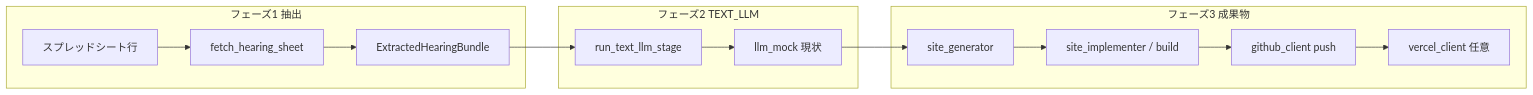
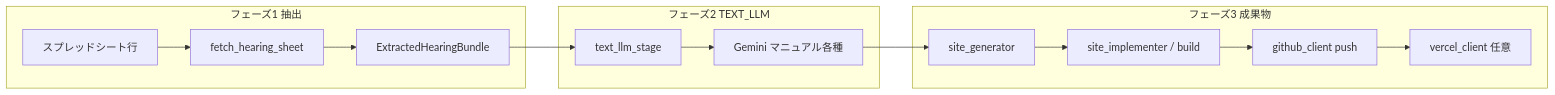
The diagram in README.md (pro-webc/mac-mini-bot), drawn with Mermaid before and after one commit. The commit also changed other lines of this file and 437 other files, not shown here.

````diff
--- a/README.md
+++ b/README.md
@@ -21,21 +21,21 @@
 ```mermaid
 flowchart LR
   subgraph extract [フェーズ1 抽出]
     S[スプレッドシート行]
     H[fetch_hearing_sheet]
     B[ExtractedHearingBundle]
     S --> H --> B
   end
   subgraph llm [フェーズ2 TEXT_LLM]
-    T[run_text_llm_stage]
-    M[llm_mock 現状]
-    B --> T --> M
+    T[text_llm_stage]
+    G2[Gemini マニュアル各種]
+    B --> T --> G2
   end
   subgraph build [フェーズ3 成果物]
     G[site_generator]
     I[site_implementer / build]
     P[github_client push]
     V[vercel_client 任意]
-    M --> G --> I --> P --> V
+    G2 --> G --> I --> P --> V
   end
 ```
````
